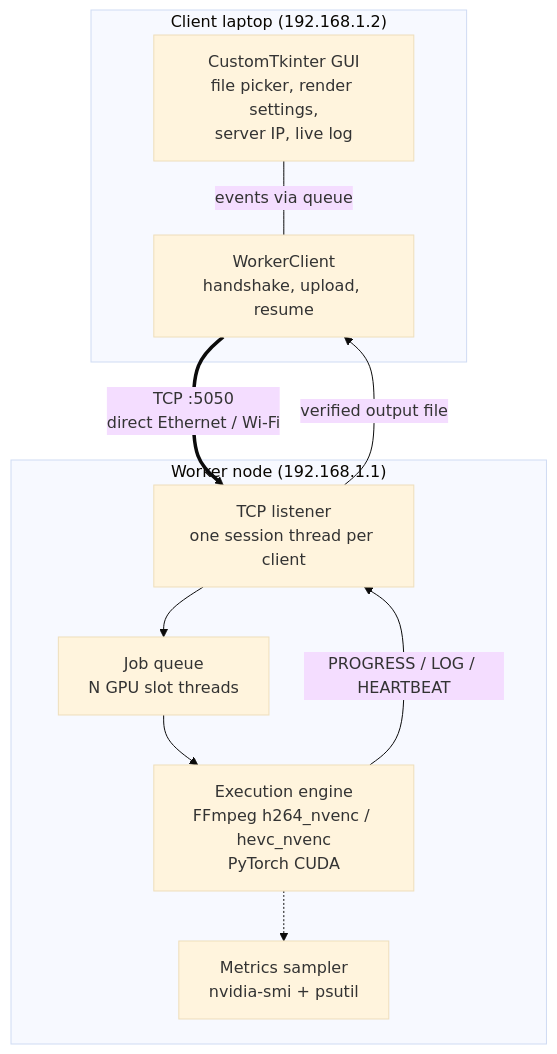
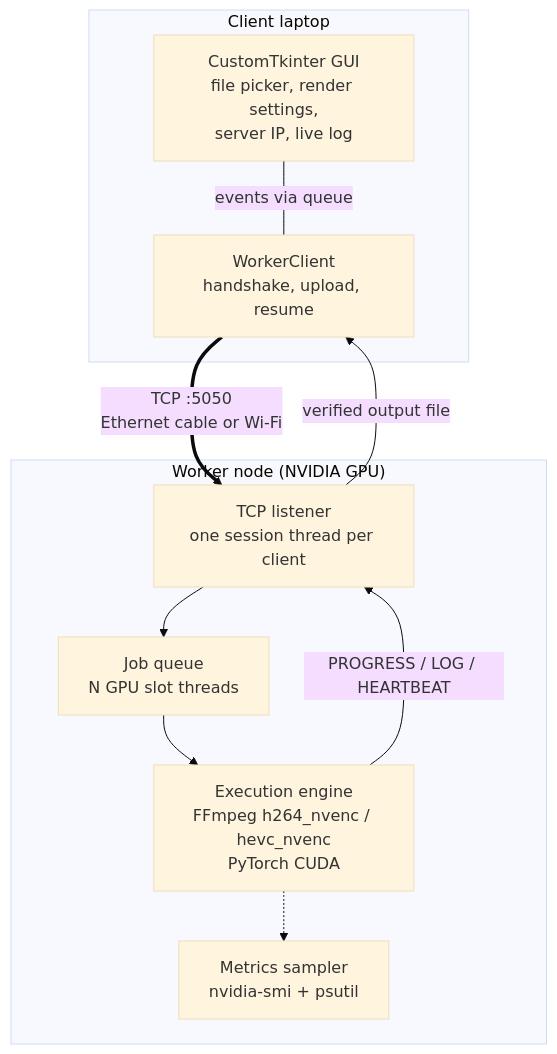
One commit to gulfam-a1i/Parallel-and-Distributed-Computing changed the diagram in Main Task/Remote GPU Rendering System/README.md. Above: the diagram before and after it, drawn with Mermaid (base theme). The commit also changed other lines of this file and 3 other files, not shown here.

````diff
--- a/Main Task/Remote GPU Rendering System/README.md
+++ b/Main Task/Remote GPU Rendering System/README.md
@@ -72,21 +72,21 @@
 ```mermaid
 flowchart TB
-    subgraph C["Client laptop  (192.168.1.2)"]
+    subgraph C["Client laptop"]
         GUI["CustomTkinter GUI<br/>file picker, render settings,<br/>server IP, live log"]
         WC["WorkerClient<br/>handshake, upload, resume"]
         GUI -- "events via queue" --- WC
     end
 
-    subgraph W["Worker node  (192.168.1.1)"]
+    subgraph W["Worker node (NVIDIA GPU)"]
         L["TCP listener<br/>one session thread per client"]
         Q["Job queue<br/>N GPU slot threads"]
         E["Execution engine<br/>FFmpeg h264_nvenc / hevc_nvenc<br/>PyTorch CUDA"]
         M["Metrics sampler<br/>nvidia-smi + psutil"]
         L --> Q --> E
         E -.-> M
     end
 
-    WC == "TCP :5050<br/>direct Ethernet / Wi-Fi" ==> L
+    WC == "TCP :5050<br/>Ethernet cable or Wi-Fi" ==> L
     E -- "PROGRESS / LOG / HEARTBEAT" --> L
     L -- "verified output file" --> WC
 ```
````
